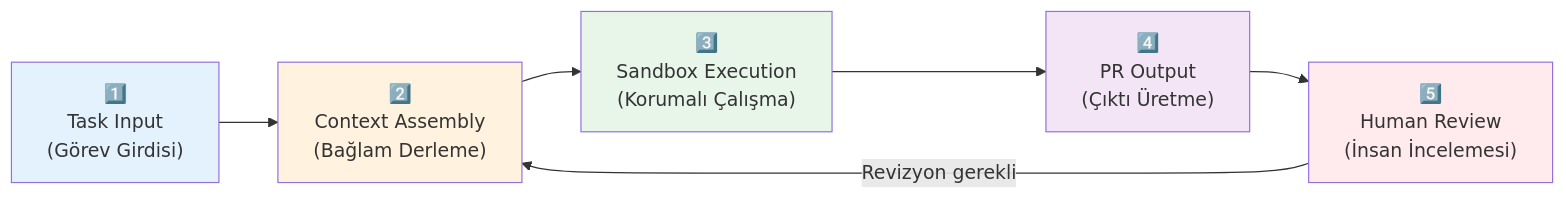
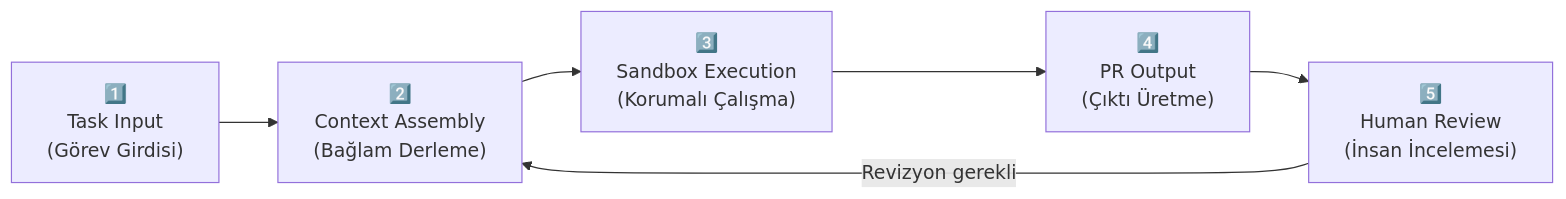
Before and after one commit to IzzetYasinAtes/ClaudeCodeHandbook: the fifth of 9 diagrams in 04-ai-destekli-gelistirme/02-ai-agent-ve-agentic-workflow.md, drawn with Mermaid. The commit also changed other lines of this file and 97 other files, not shown here.

Commit message:
Remove all custom Mermaid style/fill colors from 98 markdown files for consistent dark theme rendering

````diff
--- a/04-ai-destekli-gelistirme/02-ai-agent-ve-agentic-workflow.md
+++ b/04-ai-destekli-gelistirme/02-ai-agent-ve-agentic-workflow.md
@@ -264,15 +256,10 @@
 ```mermaid
 flowchart LR
     A["1️⃣<br/>Task Input<br/>(Görev Girdisi)"] --> B["2️⃣<br/>Context Assembly<br/>(Bağlam Derleme)"]
     B --> C["3️⃣<br/>Sandbox Execution<br/>(Korumalı Çalışma)"]
     C --> D["4️⃣<br/>PR Output<br/>(Çıktı Üretme)"]
     D --> E["5️⃣<br/>Human Review<br/>(İnsan İncelemesi)"]
     
     E -->|"Revizyon gerekli"| B
     
-    style A fill:#E3F2FD
-    style B fill:#FFF3E0
-    style C fill:#E8F5E9
-    style D fill:#F3E5F5
-    style E fill:#FFEBEE
 ```
````
